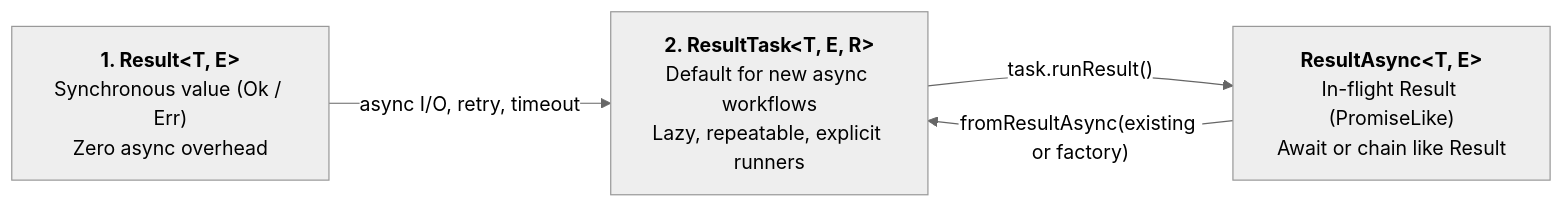
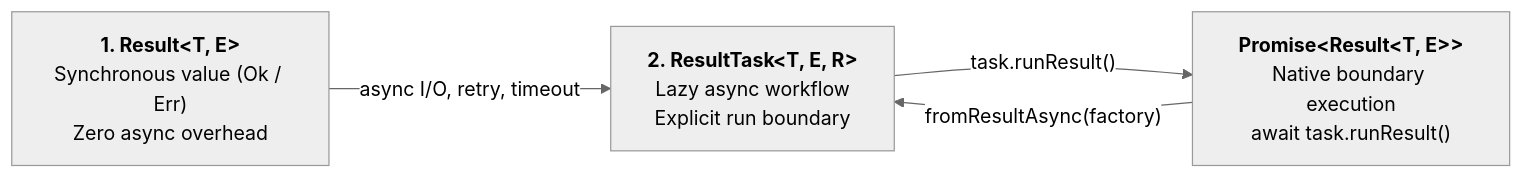
The diagram in packages/resultar/README.md (inaiat/resultar), drawn with Mermaid (neutral theme) before and after one commit. The commit also changed other lines of this file and 253 other files, not shown here.

````diff
--- a/packages/resultar/README.md
+++ b/packages/resultar/README.md
@@ -166,10 +164,10 @@
 ```mermaid
 flowchart LR
   R["<b>1. Result&lt;T, E&gt;</b><br/>Synchronous value (Ok / Err)<br/>Zero async overhead"]
-  RT["<b>2. ResultTask&lt;T, E, R&gt;</b><br/>Default for new async workflows<br/>Lazy, repeatable, explicit runners"]
-  RA["<b>ResultAsync&lt;T, E&gt;</b><br/>In-flight Result (PromiseLike)<br/>Await or chain like Result"]
+  RT["<b>2. ResultTask&lt;T, E, R&gt;</b><br/>Lazy async workflow<br/>Explicit run boundary"]
+  PR["<b>Promise&lt;Result&lt;T, E&gt;&gt;</b><br/>Native boundary execution<br/>await task.runResult()"]
 
   R -->|"async I/O, retry, timeout"| RT
-  RT -->|"task.runResult()"| RA
-  RA -->|"fromResultAsync(existing or factory)"| RT
+  RT -->|"task.runResult()"| PR
+  PR -->|"fromResultAsync(factory)"| RT
 ```
````
